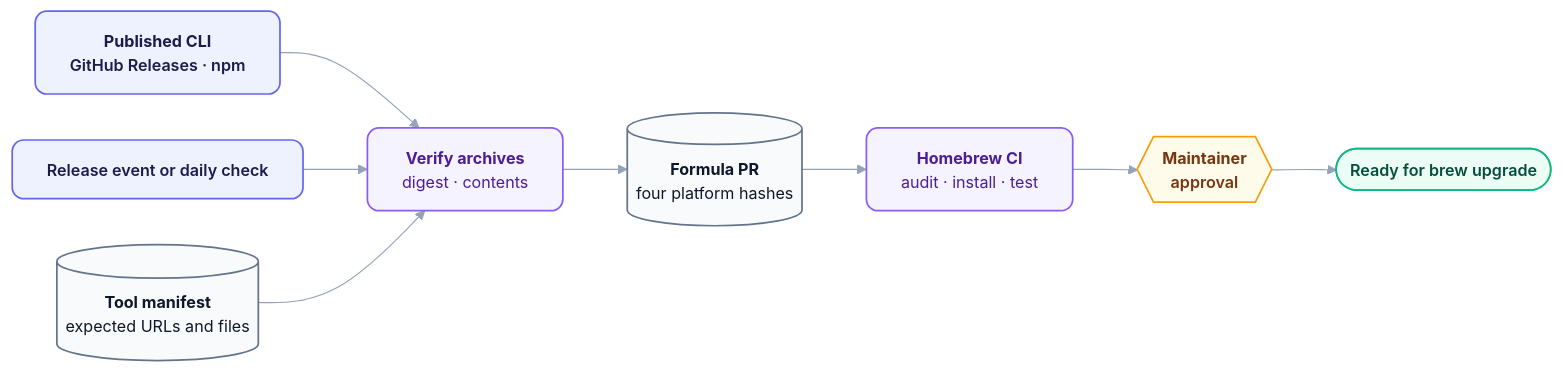
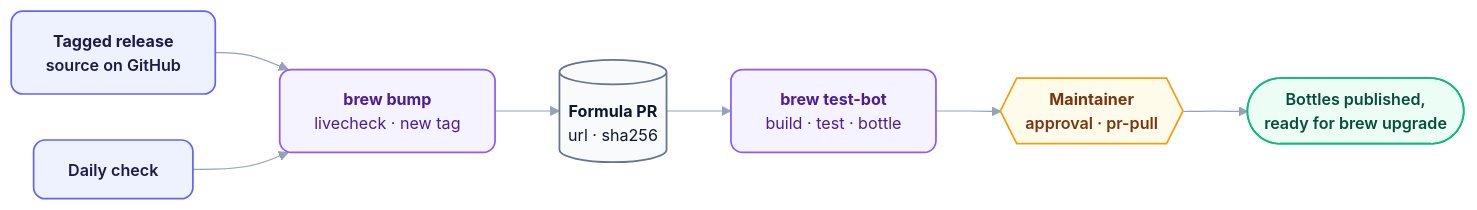
One commit to orin-dx/homebrew-tap changed the diagram in README.md. Above: the diagram before and after it, drawn with Mermaid. The commit also changed other lines of this file and 21 other files, not shown here.

First line of the commit message:
feat(tap): build from source with bottles and Homebrew's tap workflows (#5)

````diff
--- a/README.md
+++ b/README.md
@@ -65,23 +69,22 @@
 ```mermaid
 %%{init: {'theme': 'base', 'flowchart': {'curve': 'basis', 'nodeSpacing': 40, 'rankSpacing': 56}, 'themeVariables': {'fontFamily': 'Inter, ui-sans-serif, system-ui, sans-serif', 'fontSize': '14px', 'lineColor': '#94a3b8', 'edgeLabelBackground': '#ffffff'}}}%%
 flowchart LR
     classDef source fill:#eef2ff,stroke:#6366f1,stroke-width:1.5px,color:#1e1b4b,rx:10px,ry:10px,font-weight:600;
     classDef store fill:#f8fafc,stroke:#64748b,stroke-width:1.5px,color:#0f172a,rx:10px,ry:10px;
     classDef engine fill:#f5f3ff,stroke:#8b5cf6,stroke-width:1.5px,color:#4c1d95,rx:10px,ry:10px;
     classDef router fill:#fffbeb,stroke:#f59e0b,stroke-width:1.5px,color:#78350f,rx:10px,ry:10px,font-weight:600;
     classDef output fill:#ecfdf5,stroke:#10b981,stroke-width:1.5px,color:#064e3b,rx:10px,ry:10px,font-weight:600;
 
-    release["<b>Published CLI</b><br/>GitHub Releases · npm"] --> verify["<b>Verify archives</b><br/>digest · contents"]
-    signal["Release event or daily check"] --> verify
-    manifest[("<b>Tool manifest</b><br/>expected URLs and files")] --> verify
-    verify --> pr[("<b>Formula PR</b><br/>four platform hashes")]
-    pr --> ci["<b>Homebrew CI</b><br/>audit · install · test"]
-    ci --> review{{"<b>Maintainer</b><br/>approval"}}
-    review --> upgrade(["Ready for brew upgrade"])
+    release["<b>Tagged release</b><br/>source on GitHub"] --> bump["<b>brew bump</b><br/>livecheck · new tag"]
+    signal["Daily check"] --> bump
+    bump --> pr[("<b>Formula PR</b><br/>url · sha256")]
+    pr --> ci["<b>brew test-bot</b><br/>build · test · bottle"]
+    ci --> review{{"<b>Maintainer</b><br/>approval · pr-pull"}}
+    review --> upgrade(["Bottles published,<br/>ready for brew upgrade"])
 
     class release,signal source
-    class manifest,pr store
-    class verify,ci engine
+    class pr store
+    class bump,ci engine
     class review router
     class upgrade output
 ```
````
